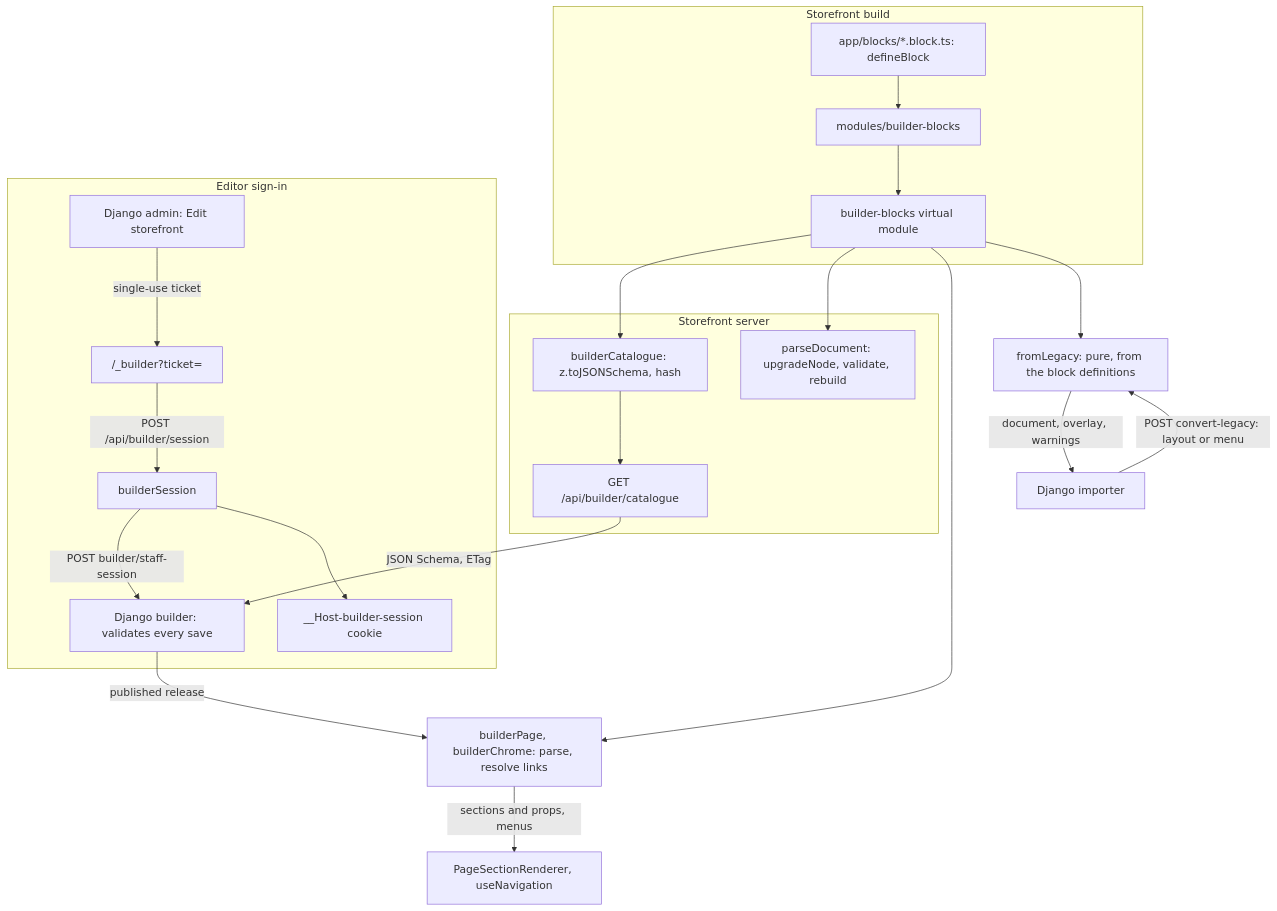
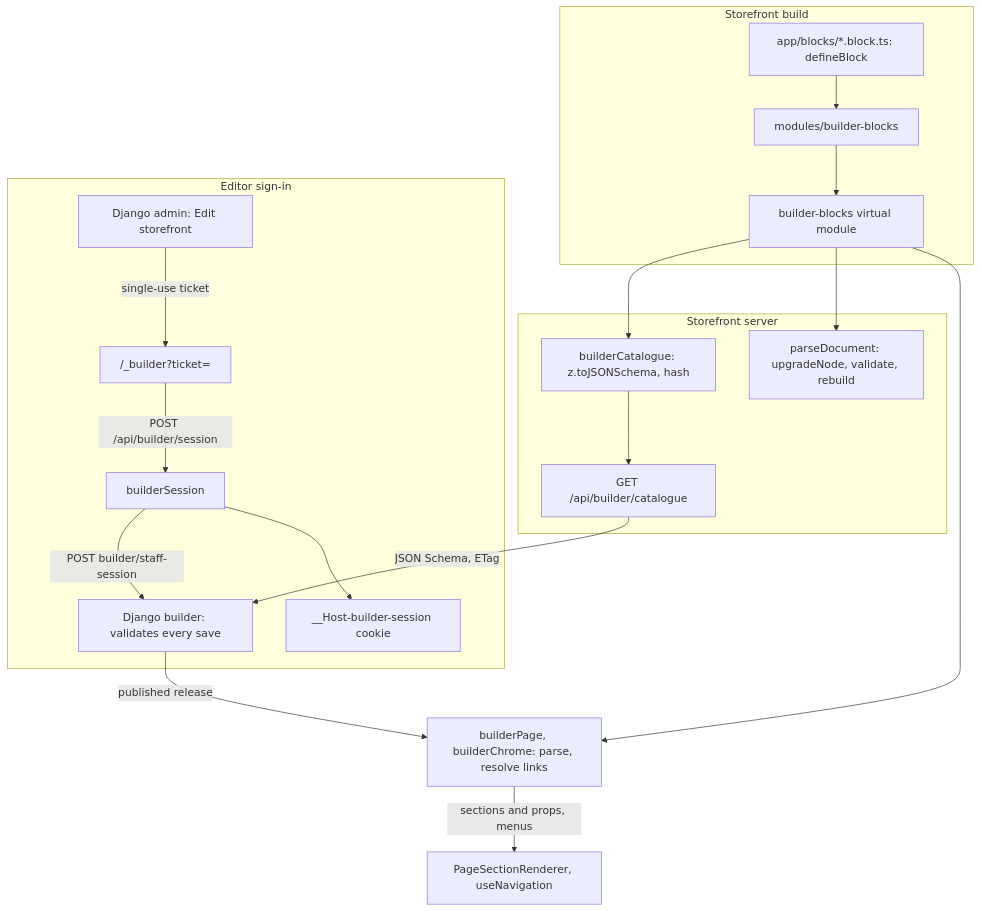
Before and after one commit to vasilistotskas/grooveshop-docs: the diagram in src/dev/flows/page-builder.md, drawn with Mermaid. The commit also changed other lines of this file and 31 other files, not shown here.

First line of the commit message:
docs(builder): replace the page layout and menu guides with the page builder (#108)

````diff
--- a/src/dev/flows/page-builder.md
+++ b/src/dev/flows/page-builder.md
@@ -27,30 +26,26 @@
 ```mermaid
 flowchart TD
   subgraph Build["Storefront build"]
     Defs["app/blocks/*.block.ts: defineBlock"] --> Mod["modules/builder-blocks"]
     Mod --> Virtual["builder-blocks virtual module"]
   end
 
   subgraph Server["Storefront server"]
     Virtual --> Catalogue["builderCatalogue: z.toJSONSchema, hash"]
     Catalogue --> Endpoint["GET /api/builder/catalogue"]
     Virtual --> Parse["parseDocument: upgradeNode, validate, rebuild"]
   end
 
   Endpoint -->|"JSON Schema, ETag"| Django["Django builder: validates every save"]
 
   Django -->|"published release"| Pages["builderPage, builderChrome: parse, resolve links"]
   Virtual --> Pages
   Pages -->|"sections and props, menus"| Render["PageSectionRenderer, useNavigation"]
 
-  Importer["Django importer"] -->|"POST convert-legacy: layout or menu"| Convert["fromLegacy: pure, from the block definitions"]
-  Virtual --> Convert
-  Convert -->|"document, overlay, warnings"| Importer
-
   subgraph Editor["Editor sign-in"]
     Admin["Django admin: Edit storefront"] -->|"single-use ticket"| Page["/_builder?ticket="]
     Page -->|"POST /api/builder/session"| Session["builderSession"]
     Session -->|"POST builder/staff-session"| Django
     Session --> Cookie["__Host-builder-session cookie"]
   end
 ```
````
